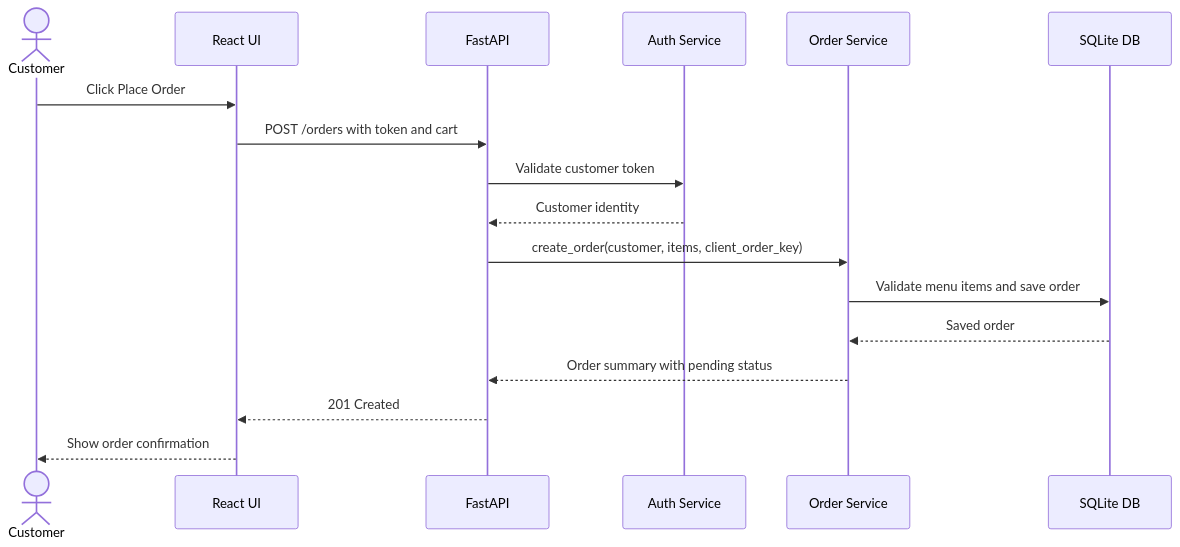
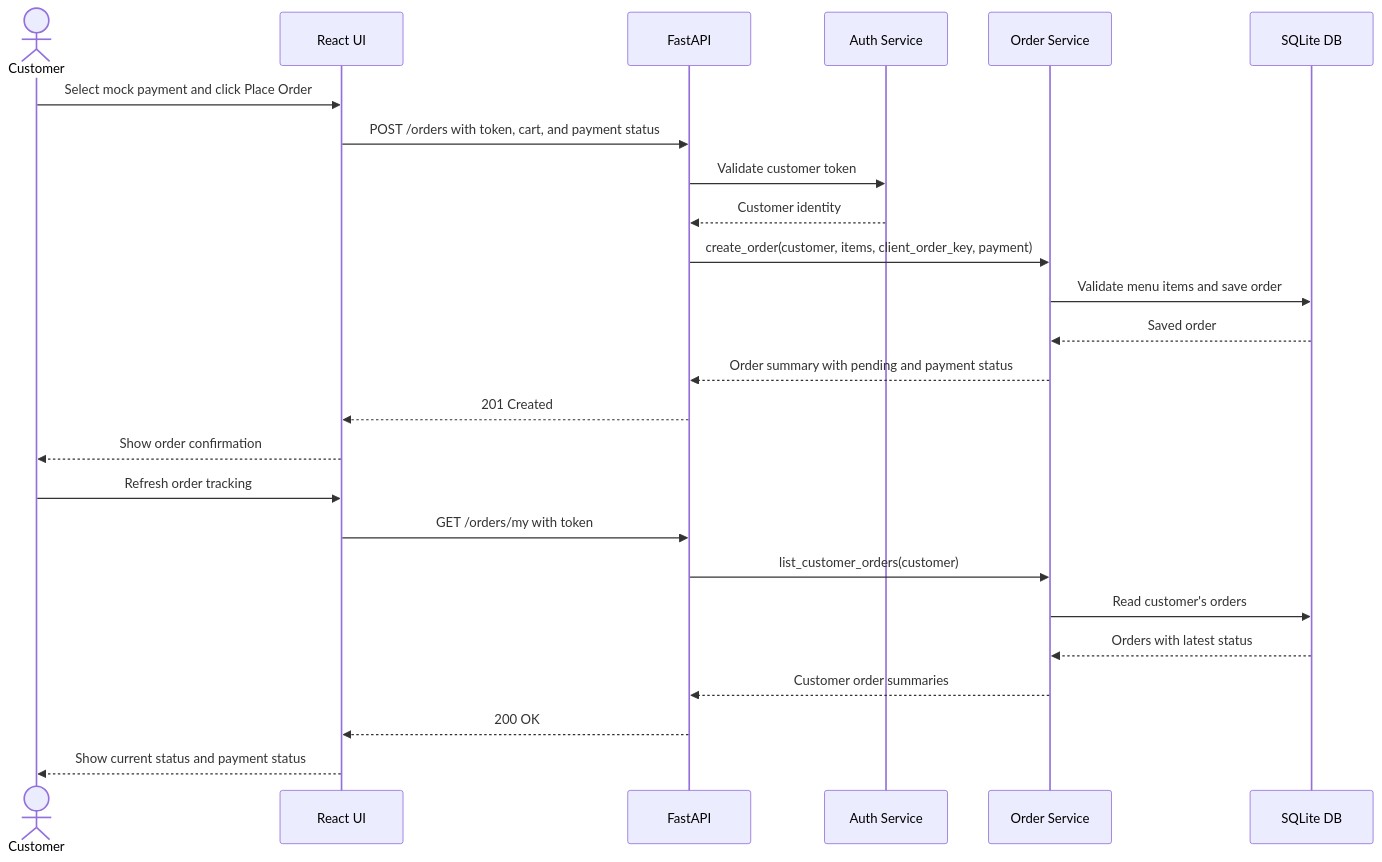
One commit to mahmoud-hassan-soliman/customer-ordering-system changed the second of 6 diagrams in docs/design_specification.md. Above: the diagram before and after it, drawn with Mermaid. The commit also changed other lines of this file and 36 other files, not shown here.

Commit message:
Add final SE enhancements and customer order tracking

````diff
--- a/docs/design_specification.md
+++ b/docs/design_specification.md
@@ -36,20 +36,28 @@
 ```mermaid
 sequenceDiagram
     actor Customer
     participant UI as React UI
     participant API as FastAPI
     participant Auth as Auth Service
     participant Order as Order Service
     participant DB as SQLite DB
 
-    Customer->>UI: Click Place Order
-    UI->>API: POST /orders with token and cart
+    Customer->>UI: Select mock payment and click Place Order
+    UI->>API: POST /orders with token, cart, and payment status
     API->>Auth: Validate customer token
     Auth-->>API: Customer identity
-    API->>Order: create_order(customer, items, client_order_key)
+    API->>Order: create_order(customer, items, client_order_key, payment)
     Order->>DB: Validate menu items and save order
     DB-->>Order: Saved order
-    Order-->>API: Order summary with pending status
+    Order-->>API: Order summary with pending and payment status
     API-->>UI: 201 Created
     UI-->>Customer: Show order confirmation
+    Customer->>UI: Refresh order tracking
+    UI->>API: GET /orders/my with token
+    API->>Order: list_customer_orders(customer)
+    Order->>DB: Read customer's orders
+    DB-->>Order: Orders with latest status
+    Order-->>API: Customer order summaries
+    API-->>UI: 200 OK
+    UI-->>Customer: Show current status and payment status
 ```
````
